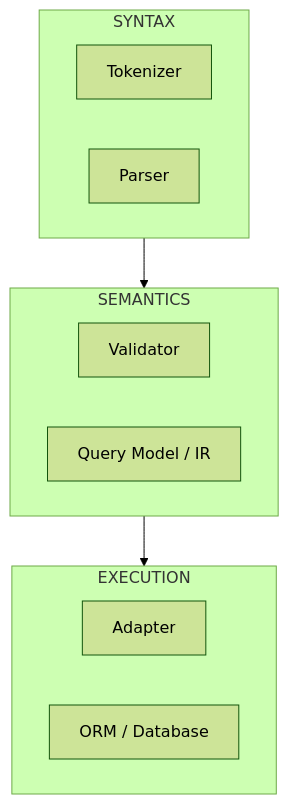
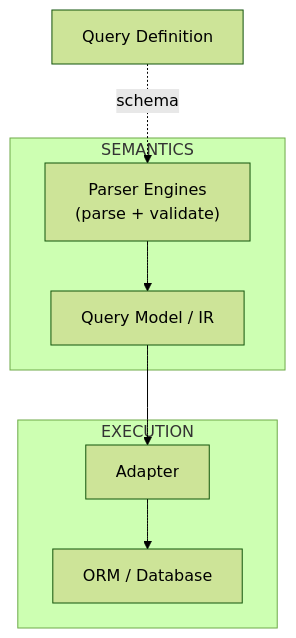
Before and after one commit to johngech/querio: the sixth of 7 diagrams in docs/architecture.md, drawn with Mermaid (forest theme). The commit also changed other lines of this file and 8 other files, not shown here.

````diff
--- a/docs/architecture.md
+++ b/docs/architecture.md
@@ -887,19 +684,16 @@
 ```mermaid
 flowchart TD
-    subgraph SYNTAX["SYNTAX"]
-        TOK["Tokenizer"]
-        PAR["Parser"]
-    end
-
     subgraph SEMANTICS["SEMANTICS"]
-        VAL["Validator"]
+        ENG["Parser Engines\n(parse + validate)"]
         QM["Query Model / IR"]
     end
 
     subgraph EXECUTION["EXECUTION"]
         ADAPTER["Adapter"]
         ORM["ORM / Database"]
     end
 
-    SYNTAX --> SEMANTICS --> EXECUTION
+    DEF["Query Definition"] -.->|"schema"| ENG
+    ENG --> QM
+    QM --> ADAPTER --> ORM
 ```
````
